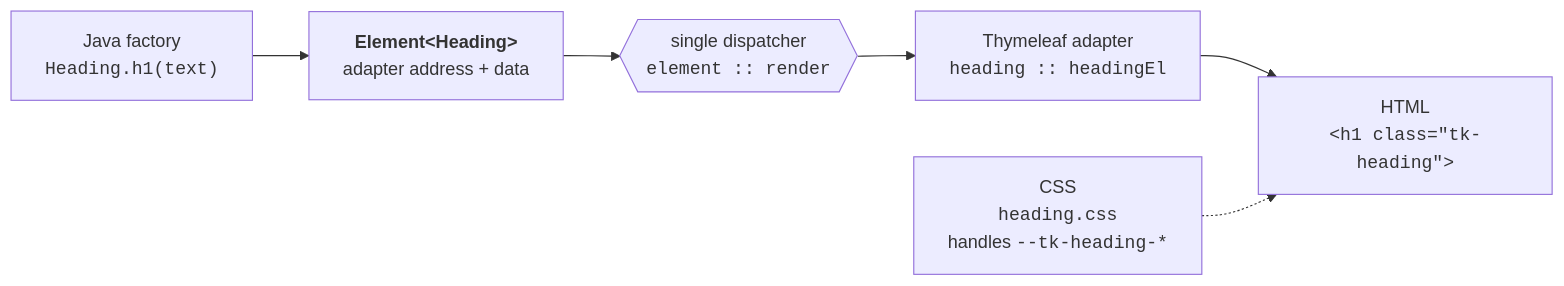
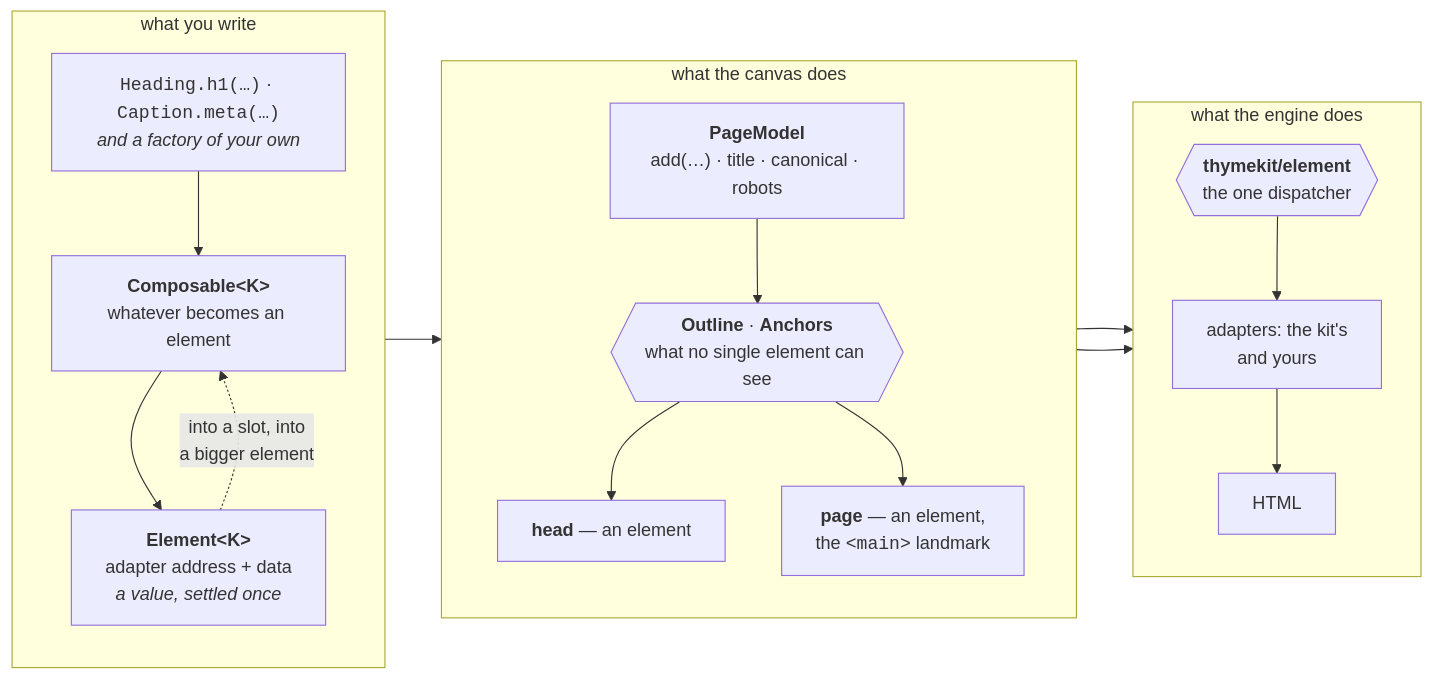
Before and after one commit to thymekit/thymekit: the first of 6 diagrams in README.md, drawn with Mermaid. The commit also changed other lines of this file and 81 other files, not shown here.

````diff
--- a/README.md
+++ b/README.md
@@ -166,8 +142,26 @@
 ```mermaid
 flowchart LR
-    F["Java factory<br/><code>Heading.h1(text)</code>"] --> E["<b>Element&lt;Heading&gt;</b><br/>adapter address + data"]
-    E --> D{{"single dispatcher<br/><code>element :: render</code>"}}
-    D --> A["Thymeleaf adapter<br/><code>heading :: headingEl</code>"]
-    A --> H["HTML<br/><code>&lt;h1 class=&quot;tk-heading&quot;&gt;</code>"]
-    C["CSS<br/><code>heading.css</code><br/>handles <code>--tk-heading-*</code>"] -.-> H
+    subgraph you["what you write"]
+        direction TB
+        F["<code>Heading.h1(…)</code> · <code>Caption.meta(…)</code><br/><i>and a factory of your own</i>"]
+        F --> C["<b>Composable&lt;K&gt;</b><br/>whatever becomes an element"]
+        C --> E["<b>Element&lt;K&gt;</b><br/>adapter address + data<br/><i>a value, settled once</i>"]
+        E -.->|"into a slot, into<br/>a bigger element"| C
+    end
+    subgraph canvas["what the canvas does"]
+        direction TB
+        P["<b>PageModel</b><br/>add(…) · title · canonical · robots"]
+        P --> G{{"<b>Outline</b> · <b>Anchors</b><br/>what no single element can see"}}
+        G --> HD["<b>head</b> — an element"]
+        G --> PG["<b>page</b> — an element,<br/>the <code>&lt;main&gt;</code> landmark"]
+    end
+    subgraph engine["what the engine does"]
+        direction TB
+        D{{"<b>thymekit/element</b><br/>the one dispatcher"}}
+        D --> A["adapters: the kit's<br/>and yours"]
+        A --> H["HTML"]
+    end
+    E --> P
+    HD --> D
+    PG --> D
 ```
````
